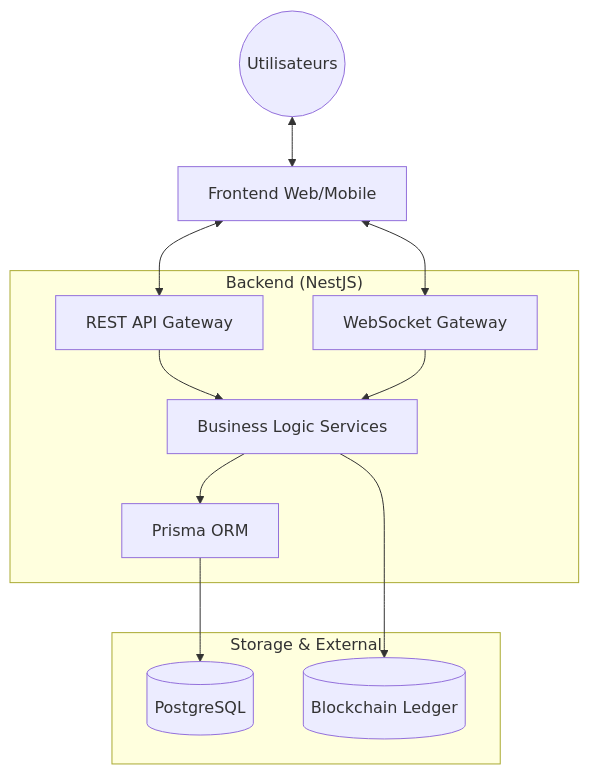
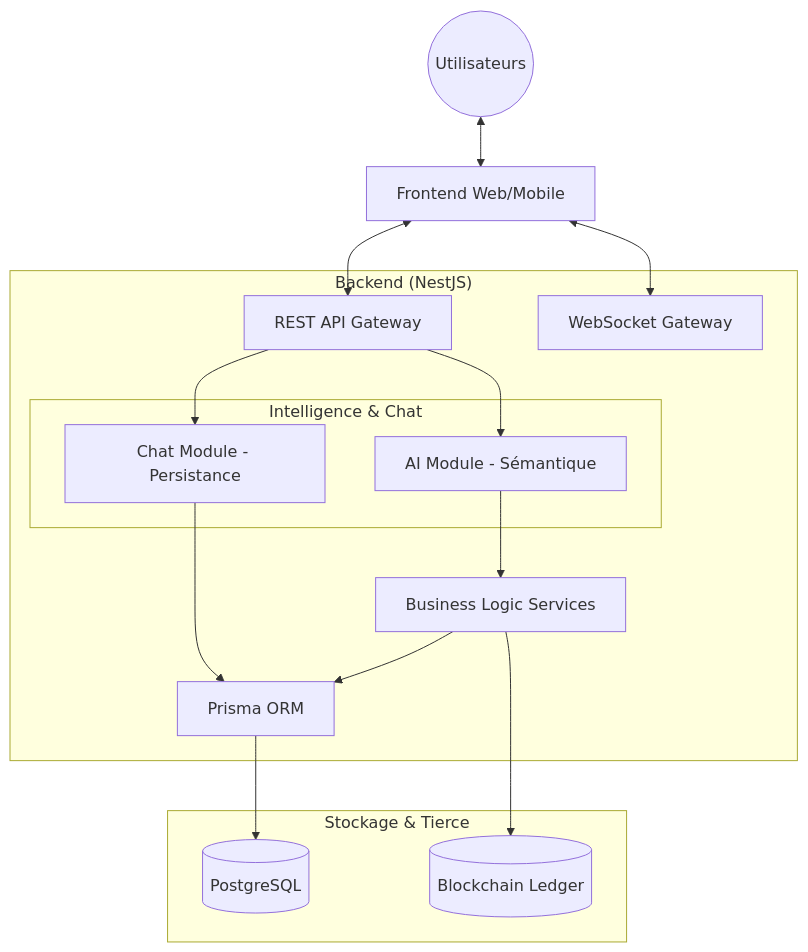
The first of 2 diagrams in TECH_DOCS.md (ademboukabes/Silence-team1), drawn with Mermaid before and after one commit. The commit also changed other lines of this file and 28 other files, not shown here.

````diff
--- a/TECH_DOCS.md
+++ b/TECH_DOCS.md
@@ -12,26 +12,34 @@
 ```mermaid
 graph TD
     User((Utilisateurs))
     Frontend[Frontend Web/Mobile]
     
     subgraph "Backend (NestJS)"
         API[REST API Gateway]
         WS[WebSocket Gateway]
+        
+        subgraph "Intelligence & Chat"
+            AICat[AI Module - Sémantique]
+            ChatModule[Chat Module - Persistance]
+        end
+        
         Service[Business Logic Services]
         Prisma[Prisma ORM]
     end
     
-    subgraph "Storage & External"
+    subgraph "Stockage & Tierce"
         DB[(PostgreSQL)]
         BC[(Blockchain Ledger)]
     end
 
     User <--> Frontend
     Frontend <--> API
     Frontend <--> WS
-    API --> Service
-    WS --> Service
+    API --> AICat
+    API --> ChatModule
+    AICat --> Service
+    ChatModule --> Prisma
     Service --> Prisma
     Prisma --> DB
     Service --> BC
 ```
````
